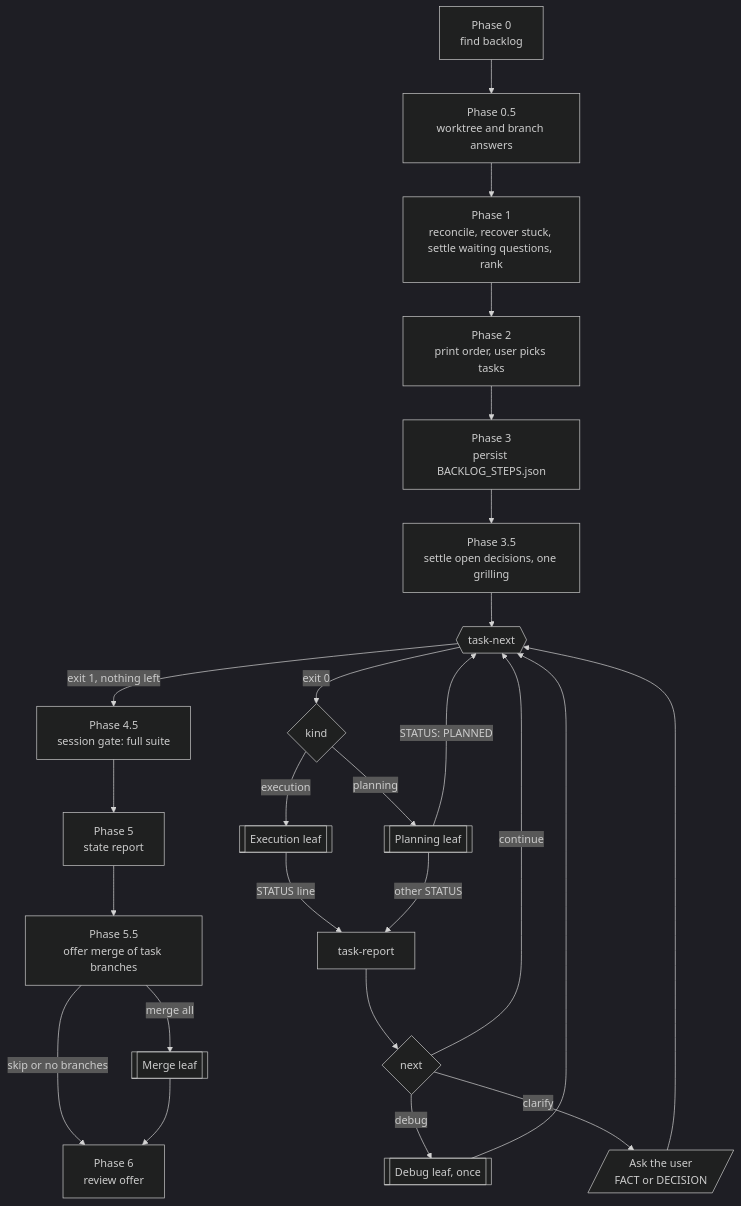
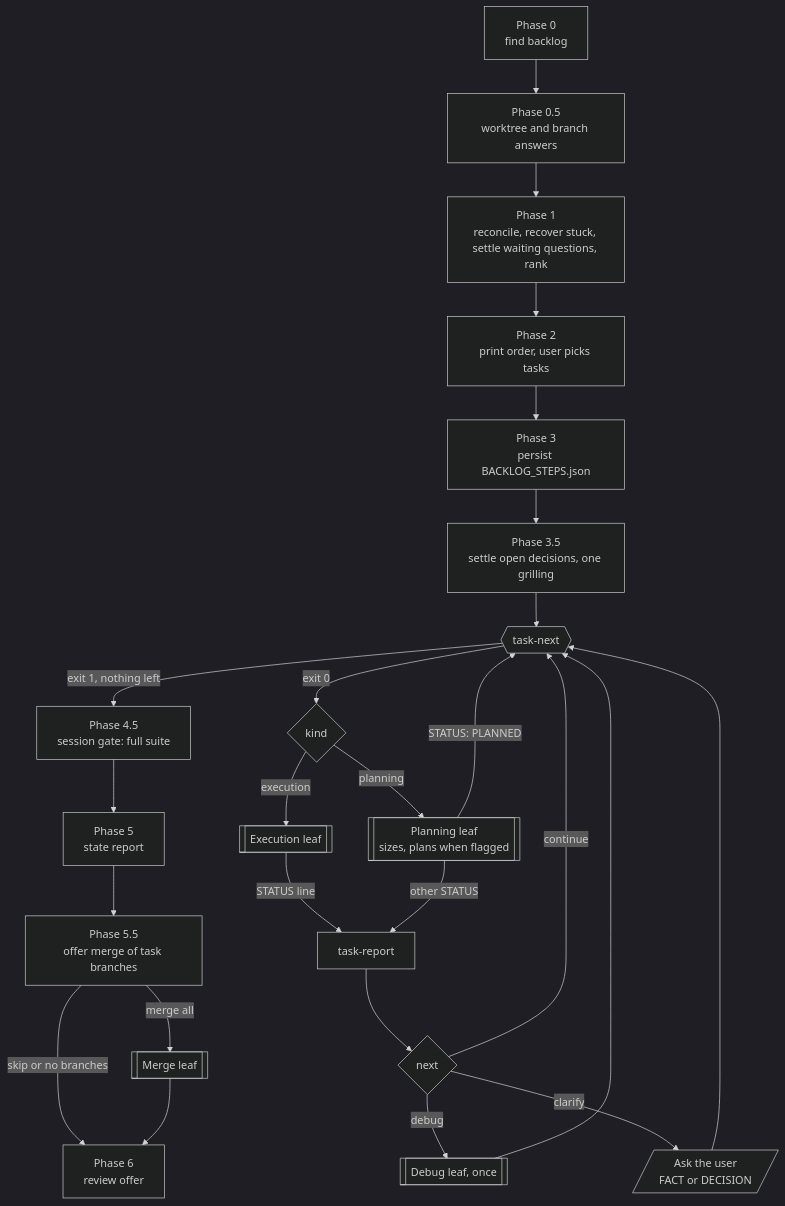
The diagram in docs/lifecycle/router-loop.mmd (shortcuts/radin), drawn with Mermaid (dark theme) before and after one commit. The commit also changed 10 other files, not shown here.

```diff
--- a/docs/lifecycle/router-loop.mmd
+++ b/docs/lifecycle/router-loop.mmd
@@ -1,25 +1,25 @@
 flowchart TD
   p0[Phase 0<br/>find backlog] --> p05[Phase 0.5<br/>worktree and branch answers]
   p05 --> p1[Phase 1<br/>reconcile, recover stuck, settle waiting questions, rank]
   p1 --> p2[Phase 2<br/>print order, user picks tasks]
   p2 --> p3[Phase 3<br/>persist BACKLOG_STEPS.json]
   p3 --> p35[Phase 3.5<br/>settle open decisions, one grilling]
   p35 --> next{{task-next}}
   next -- exit 1, nothing left --> p45[Phase 4.5<br/>session gate: full suite]
   next -- exit 0 --> kind{kind}
-  kind -- planning --> leafP[[Planning leaf]]
+  kind -- planning --> leafP[[Planning leaf<br/>sizes, plans when flagged]]
   kind -- execution --> leafE[[Execution leaf]]
   leafP -- STATUS: PLANNED --> next
   leafE -- STATUS line --> report[task-report]
   leafP -- other STATUS --> report
   report --> route{next}
   route -- continue --> next
   route -- debug --> debug[[Debug leaf, once]]
   debug --> next
   route -- clarify --> user[/Ask the user<br/>FACT or DECISION/]
   user --> next
   p45 --> p5[Phase 5<br/>state report]
   p5 --> p55[Phase 5.5<br/>offer merge of task branches]
   p55 -- merge all --> leafM[[Merge leaf]]
   p55 -- skip or no branches --> p6
   leafM --> p6[Phase 6<br/>review offer]
```
